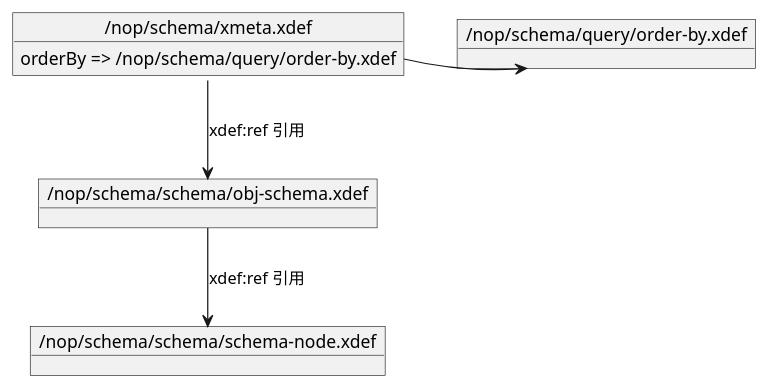
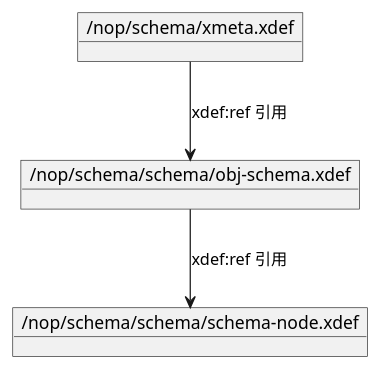
Before and after one commit to crazydan-studio/nop.crazydan.io: the third of 6 diagrams in docs/500.manual/100.xmeta.md, drawn with PlantUML. The commit also changed other lines of this file, not shown here.

Commit message:
Docs: 更新章节<XMeta 模型>

````diff
--- a/docs/500.manual/100.xmeta.md
+++ b/docs/500.manual/100.xmeta.md
@@ -22,16 +72,11 @@
 ```plantuml
 object "/nop/schema/xmeta.xdef" as xmeta {
-  orderBy => /nop/schema/query/order-by.xdef
 }
 object "/nop/schema/schema/schema-node.xdef" as schema_node {
 }
 object "/nop/schema/schema/obj-schema.xdef" as obj_schema {
 }
-object "/nop/schema/query/order-by.xdef" as order_by {
-}
 
 xmeta -down-> obj_schema: xdef:ref 引用
 obj_schema -down-> schema_node: xdef:ref 引用
-
-xmeta::orderBy -> order_by
 ```
````
